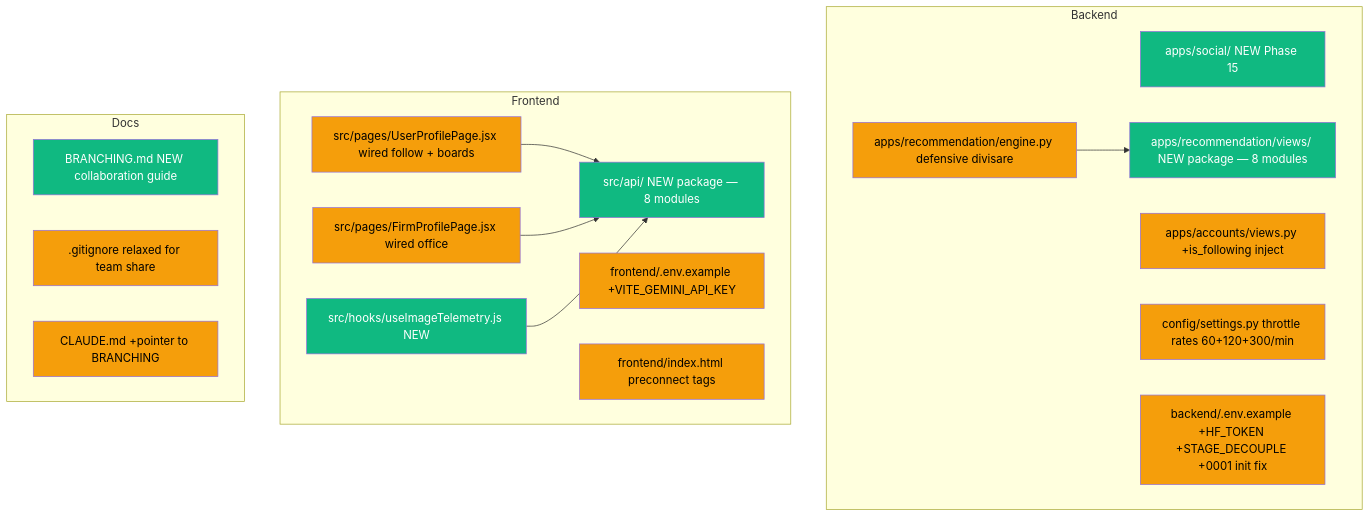
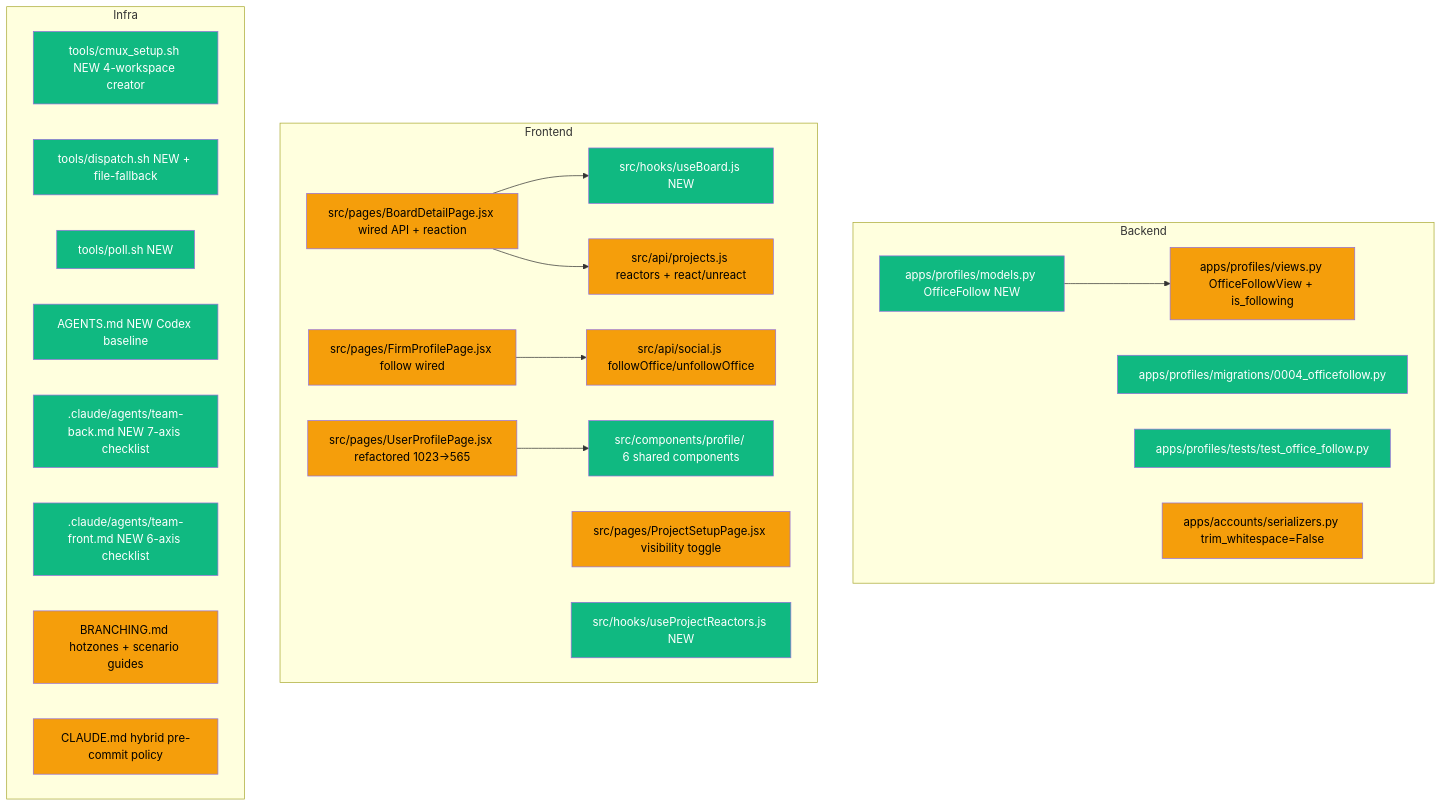
Before and after one commit to hongikarchi/archi-tinder: the eighth of 8 diagrams in .claude/Report.md, drawn with Mermaid. The commit also changed other lines of this file and 5 other files, not shown here.

````diff
--- a/.claude/Report.md
+++ b/.claude/Report.md
@@ -456,32 +488,40 @@
 ```mermaid
 graph TD
     subgraph Backend
-        social[apps/social/ NEW Phase 15]:::new
-        engine[apps/recommendation/engine.py defensive divisare]:::modified
-        views_pkg[apps/recommendation/views/ NEW package — 8 modules]:::new
-        accounts_views[apps/accounts/views.py +is_following inject]:::modified
-        settings[config/settings.py throttle rates 60+120+300/min]:::modified
-        env_example[backend/.env.example +HF_TOKEN +STAGE_DECOUPLE +0001 init fix]:::modified
+        office_follow[apps/profiles/models.py OfficeFollow NEW]:::new
+        profiles_views[apps/profiles/views.py OfficeFollowView + is_following]:::modified
+        profiles_migration_0004[apps/profiles/migrations/0004_officefollow.py]:::new
+        test_office_follow[apps/profiles/tests/test_office_follow.py]:::new
+        accounts_serializers[apps/accounts/serializers.py trim_whitespace=False]:::modified
     end
     subgraph Frontend
-        api_pkg[src/api/ NEW package — 8 modules]:::new
-        useImageTelem[src/hooks/useImageTelemetry.js NEW]:::new
-        UserProfile[src/pages/UserProfilePage.jsx wired follow + boards]:::modified
-        FirmProfile[src/pages/FirmProfilePage.jsx wired office]:::modified
-        env_front[frontend/.env.example +VITE_GEMINI_API_KEY]:::modified
-        index_html[frontend/index.html preconnect tags]:::modified
+        BoardDetailPage[src/pages/BoardDetailPage.jsx wired API + reaction]:::modified
+        ProjectSetupPage[src/pages/ProjectSetupPage.jsx visibility toggle]:::modified
+        FirmProfilePage[src/pages/FirmProfilePage.jsx follow wired]:::modified
+        UserProfilePage[src/pages/UserProfilePage.jsx refactored 1023→565]:::modified
+        components_profile[src/components/profile/ 6 shared components]:::new
+        useBoard[src/hooks/useBoard.js NEW]:::new
+        useProjectReactors[src/hooks/useProjectReactors.js NEW]:::new
+        api_projects[src/api/projects.js reactors + react/unreact]:::modified
+        api_social[src/api/social.js followOffice/unfollowOffice]:::modified
     end
-    subgraph Docs
-        branching[BRANCHING.md NEW collaboration guide]:::new
-        gitignore[.gitignore relaxed for team share]:::modified
-        claudemd[CLAUDE.md +pointer to BRANCHING]:::modified
+    subgraph Infra
+        cmux_setup[tools/cmux_setup.sh NEW 4-workspace creator]:::new
+        dispatch_sh[tools/dispatch.sh NEW + file-fallback]:::new
+        poll_sh[tools/poll.sh NEW]:::new
+        agents_md[AGENTS.md NEW Codex baseline]:::new
+        team_back[.claude/agents/team-back.md NEW 7-axis checklist]:::new
+        team_front[.claude/agents/team-front.md NEW 6-axis checklist]:::new
+        branching[BRANCHING.md hotzones + scenario guides]:::modified
+        claude_md[CLAUDE.md hybrid pre-commit policy]:::modified
     end
-    engine --> views_pkg
-    UserProfile --> api_pkg
-    FirmProfile --> api_pkg
-    useImageTelem --> api_pkg
+    office_follow --> profiles_views
+    BoardDetailPage --> useBoard
+    BoardDetailPage --> api_projects
+    FirmProfilePage --> api_social
+    UserProfilePage --> components_profile
 
     classDef new fill:#10b981,color:#fff
     classDef modified fill:#f59e0b,color:#000
     classDef deleted fill:#ef4444,color:#fff
 ```
````
